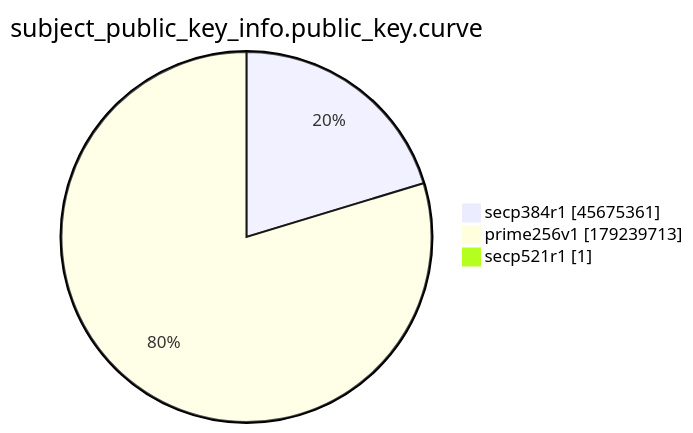
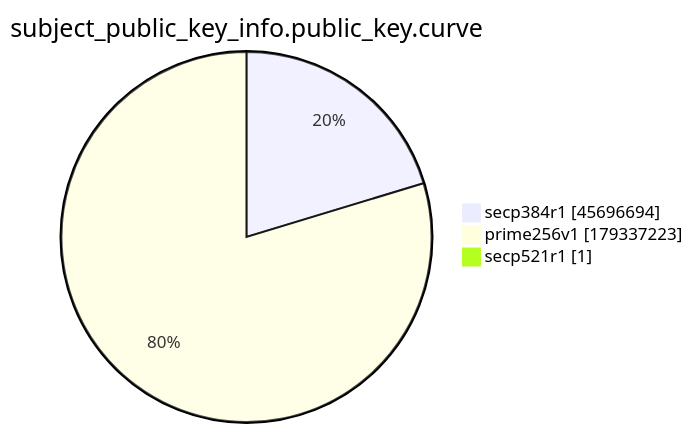
The ninth of 15 diagrams in xenon2022/README.md (christiankrug/ctmonitor_visualization), drawn with Mermaid before and after one commit. The commit also changed other lines of this file, not shown here.

````diff
--- a/xenon2022/README.md
+++ b/xenon2022/README.md
@@ -2873,7 +2873,7 @@
 ```mermaid
 pie showData
 title subject_public_key_info.public_key.curve
-"secp384r1" :45675361
-"prime256v1" :179239713
+"secp384r1" :45696694
+"prime256v1" :179337223
 "secp521r1" :1
 ```
````
